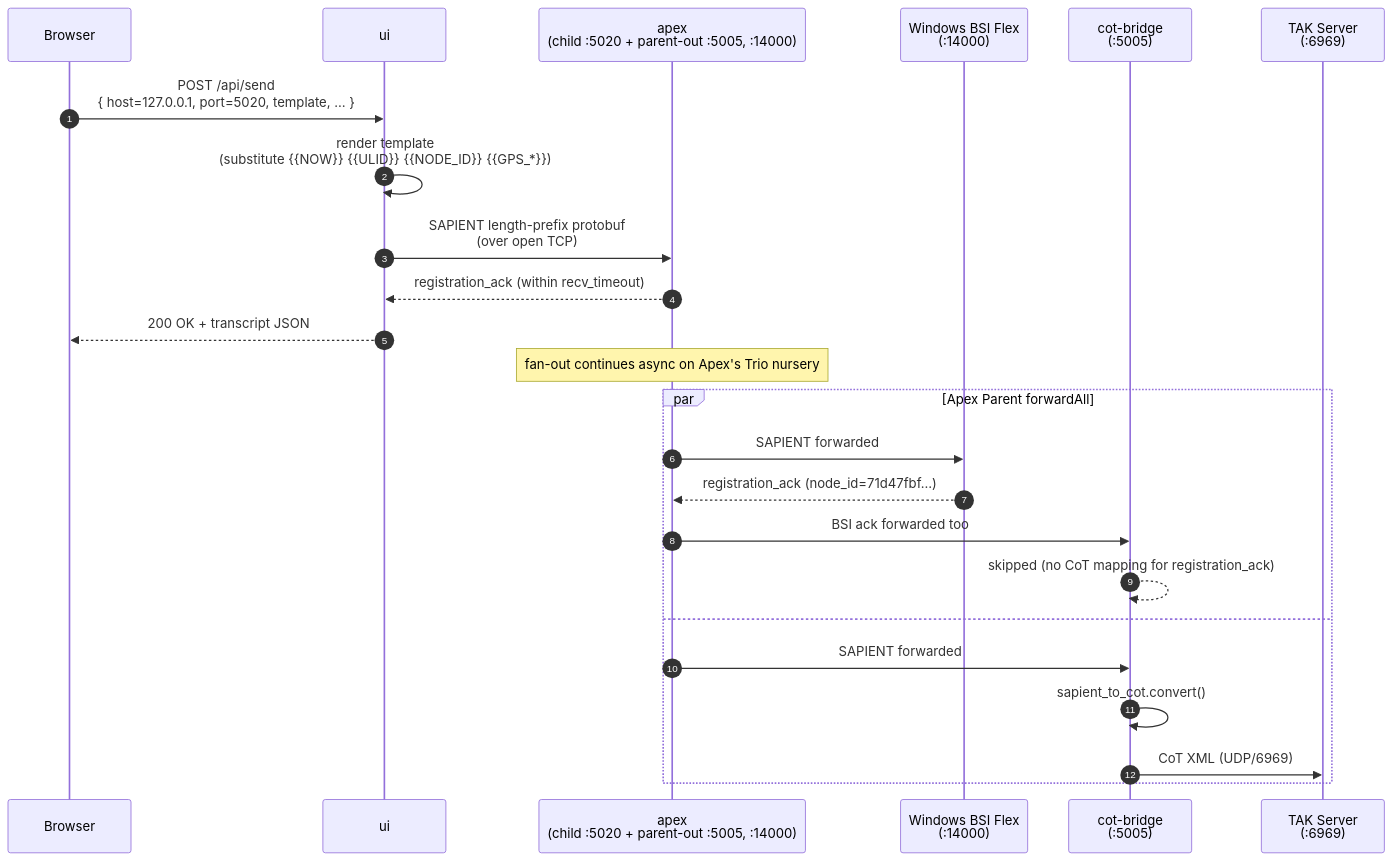
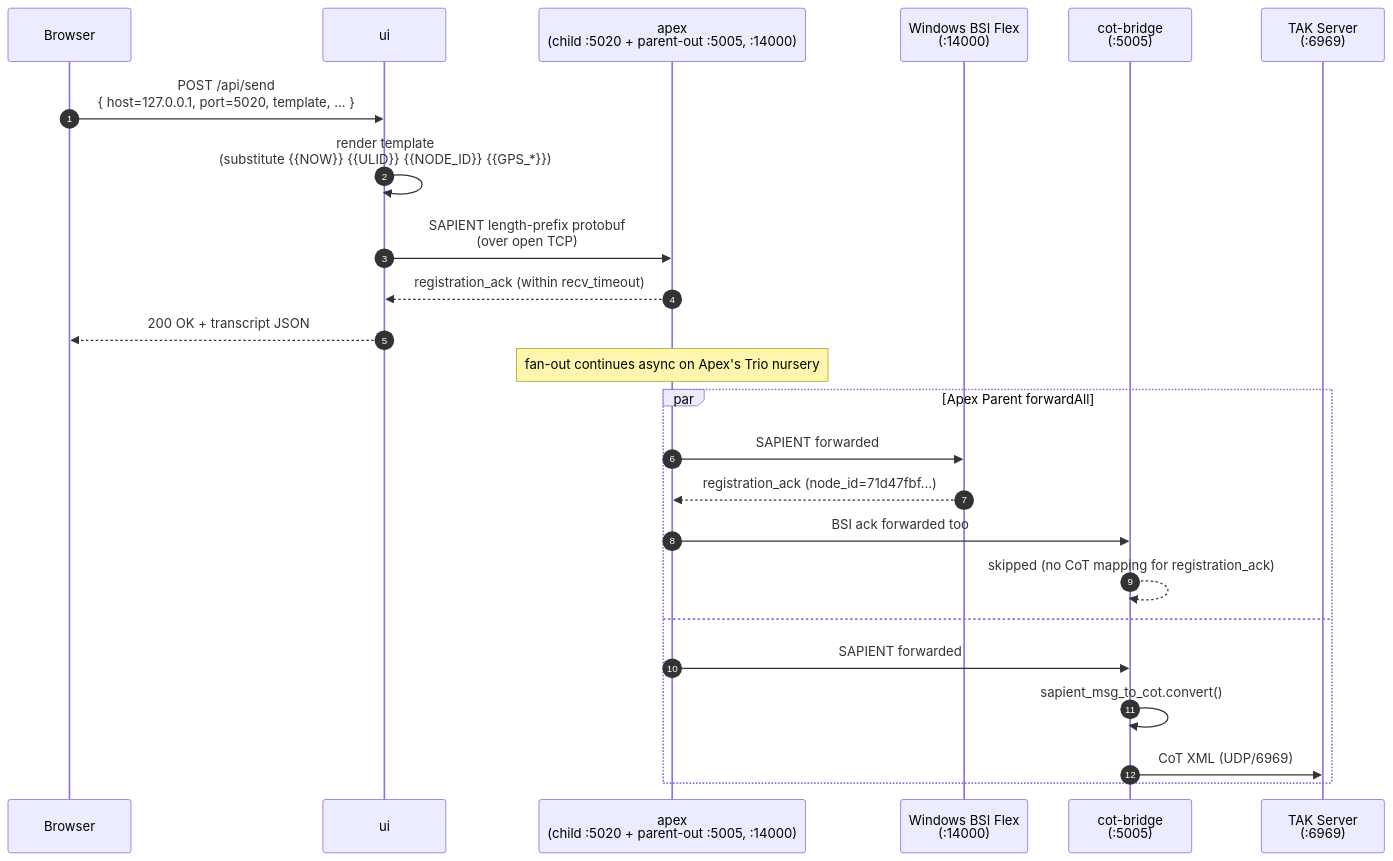
One commit to vinayakkankanwadi/multi-sensor-fusion changed the third of 12 diagrams in Architecture.md. Above: the diagram before and after it, drawn with Mermaid. The commit also changed other lines of this file and 60 other files, not shown here.

````diff
--- a/Architecture.md
+++ b/Architecture.md
@@ -146,28 +146,28 @@
 ```mermaid
 sequenceDiagram
     autonumber
     participant B as Browser
     participant UI as ui
     participant A as apex<br/>(child :5020 + parent-out :5005, :14000)
     participant W as Windows BSI Flex<br/>(:14000)
     participant C as cot-bridge<br/>(:5005)
     participant T as TAK Server<br/>(:6969)
 
     B->>UI: POST /api/send<br/>{ host=127.0.0.1, port=5020, template, … }
     UI->>UI: render template<br/>(substitute {{NOW}} {{ULID}} {{NODE_ID}} {{GPS_*}})
     UI->>A: SAPIENT length-prefix protobuf<br/>(over open TCP)
     A-->>UI: registration_ack (within recv_timeout)
     UI-->>B: 200 OK + transcript JSON
 
     Note over A: fan-out continues async on Apex's Trio nursery
     par Apex Parent forwardAll
         A->>W: SAPIENT forwarded
         W-->>A: registration_ack (node_id=71d47fbf…)
         A->>C: BSI ack forwarded too
         C-->>C: skipped (no CoT mapping for registration_ack)
     and
         A->>C: SAPIENT forwarded
-        C->>C: sapient_to_cot.convert()
+        C->>C: sapient_msg_to_cot.convert()
         C->>T: CoT XML (UDP/6969)
     end
 ```
````
